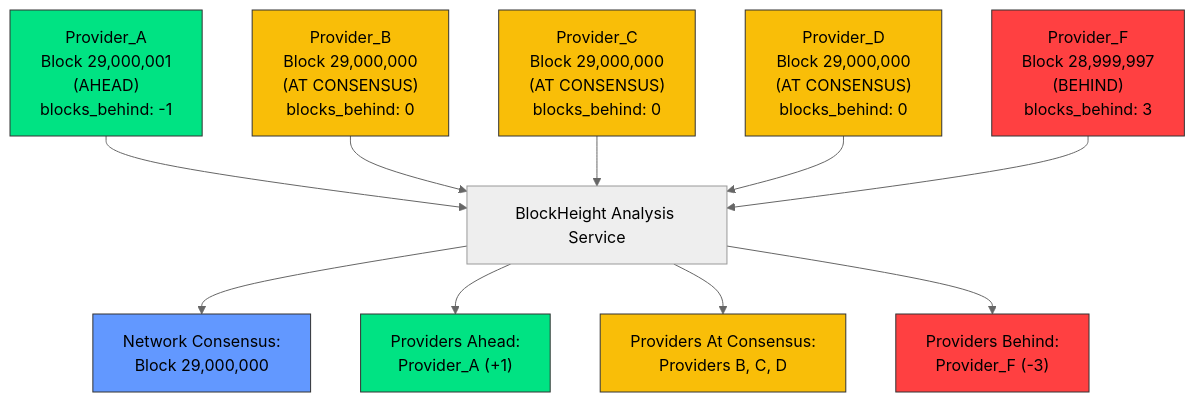
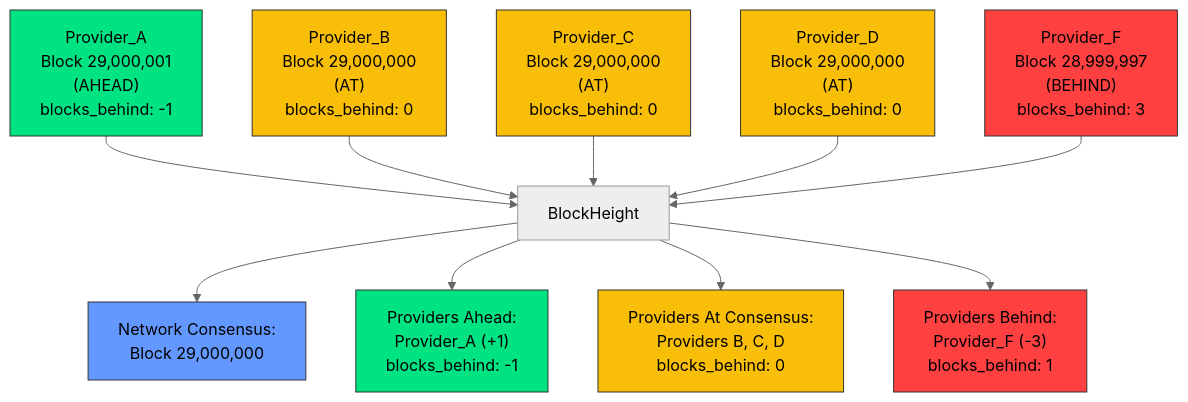
One commit to blockheightDAO/docs changed the diagram in index.mdx. Above: the diagram before and after it, drawn with Mermaid (neutral theme). The commit also changed other lines of this file, not shown here.

````diff
--- a/index.mdx
+++ b/index.mdx
@@ -59,41 +59,41 @@
 ```mermaid [expandable]
 graph TB
     %% Providers
     PA["Provider_A<br/>Block 29,000,001<br/>(AHEAD)<br/>blocks_behind: -1"]
-    PB["Provider_B<br/>Block 29,000,000<br/>(AT CONSENSUS)<br/>blocks_behind: 0"]
-    PC["Provider_C<br/>Block 29,000,000<br/>(AT CONSENSUS)<br/>blocks_behind: 0"]
-    PD["Provider_D<br/>Block 29,000,000<br/>(AT CONSENSUS)<br/>blocks_behind: 0"]
+    PB["Provider_B<br/>Block 29,000,000<br/>(AT)<br/>blocks_behind: 0"]
+    PC["Provider_C<br/>Block 29,000,000<br/>(AT)<br/>blocks_behind: 0"]
+    PD["Provider_D<br/>Block 29,000,000<br/>(AT)<br/>blocks_behind: 0"]
     PF["Provider_F<br/>Block 28,999,997<br/>(BEHIND)<br/>blocks_behind: 3"]
     
     %% Analysis Node
-    process["BlockHeight Analysis Service"]
+    process["BlockHeight"]
     
     %% Results
     consensus["Network Consensus:<br/>Block 29,000,000"]
-    ahead["Providers Ahead:<br/>Provider_A (+1)"]
-    current["Providers At Consensus:<br/>Providers B, C, D"]
-    behind["Providers Behind:<br/>Provider_F (-3)"]
+    ahead["Providers Ahead:<br/>Provider_A (+1)<br/>blocks_behind: -1"]
+    current["Providers At Consensus:<br/>Providers B, C, D<br/>blocks_behind: 0"]
+    behind["Providers Behind:<br/>Provider_F (-3)<br/>blocks_behind: 1"]
     
     %% Connections
     PA --> process
     PB --> process
     PC --> process
     PD --> process
     PF --> process
     
     process --> consensus
     process --> ahead
     process --> current
     process --> behind
     
     %% Styling with the provided hex colors
     style PA fill:#00E383,stroke:#333
     style PB fill:#F9BE08,stroke:#333
     style PC fill:#F9BE08,stroke:#333
     style PD fill:#F9BE08,stroke:#333
     style PF fill:#FF4041,stroke:#333
     style consensus fill:#6298FF,stroke:#333
     style ahead fill:#00E383,stroke:#333
     style current fill:#F9BE08,stroke:#333
     style behind fill:#FF4041,stroke:#333
 ```
````
